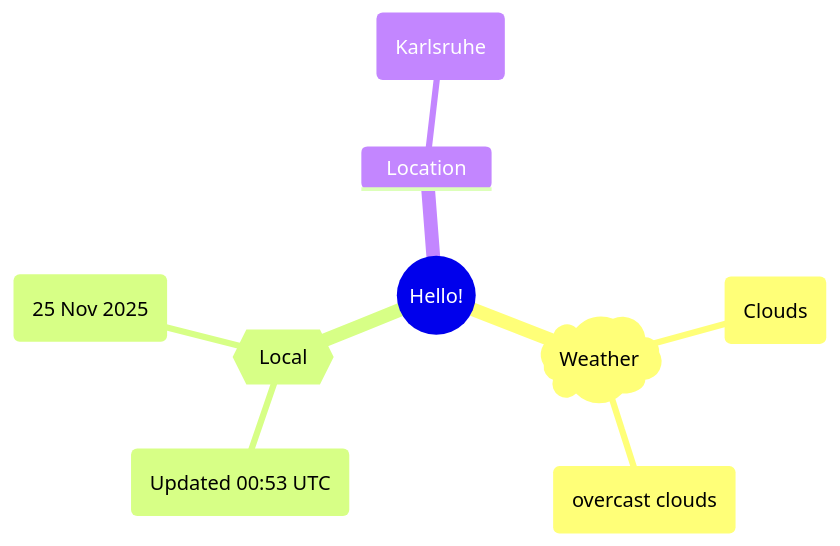
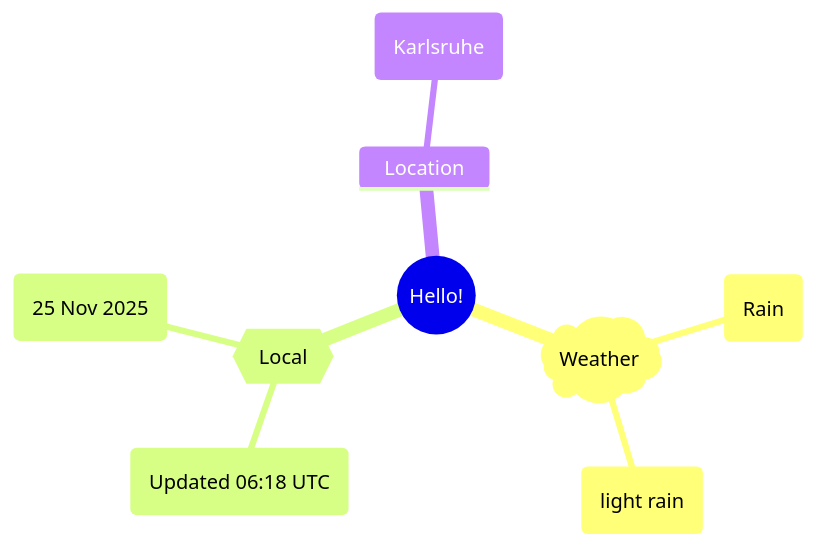
One commit to Xosrov/Xosrov changed the first of 2 diagrams in README.md. Above: the diagram before and after it, drawn with Mermaid.

Commit message:
[bot] updated images

````diff
--- a/README.md
+++ b/README.md
@@ -3,12 +3,12 @@
 ```mermaid
 mindmap
   root((Hello!))
     )Weather(
-        (Clouds)
-        (overcast clouds)
+        (Rain)
+        (light rain)
     {{Local}}
-        (Updated 00:53 UTC)
+        (Updated 06:18 UTC)
         (25 Nov 2025)
     Location
         (Karlsruhe)
 ```
````
